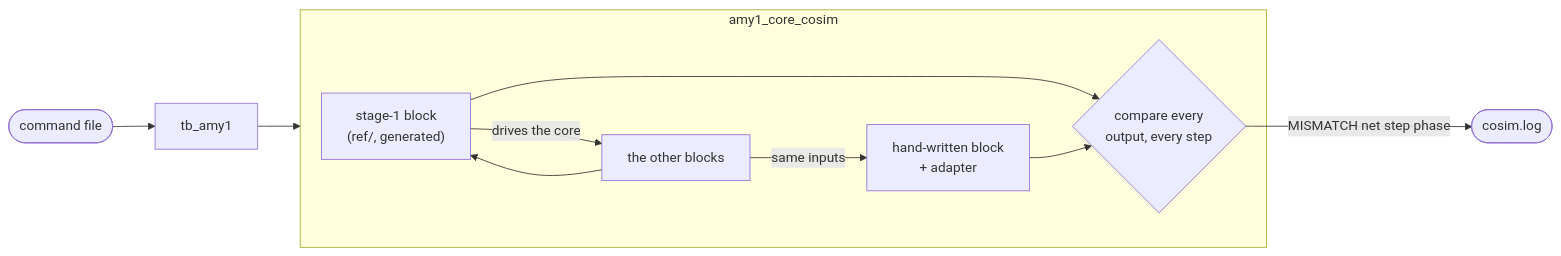
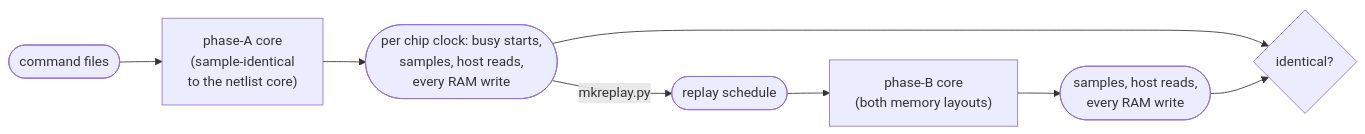
One commit to scrameta/atari_xl_fpga changed the fourth of 4 diagrams in atari_800xl/atari_chips/pokeyv2/AMY/README.md. Above: the diagram before and after it, drawn with Mermaid. The commit also changed other lines of this file and 4 other files, not shown here.

````diff
--- a/atari_800xl/atari_chips/pokeyv2/AMY/README.md
+++ b/atari_800xl/atari_chips/pokeyv2/AMY/README.md
@@ -181,13 +165,10 @@
 ```mermaid
 flowchart LR
-    stim(["command file"]) --> tb["tb_amy1"]
-    tb --> core
-    subgraph core["amy1_core_cosim"]
-        ref["stage-1 block<br/>(ref/, generated)"] -- "drives the core" --> rest["the other blocks"]
-        rest --> ref
-        rest -- "same inputs" --> new["hand-written block<br/>+ adapter"]
-        ref --> cmpx{"compare every<br/>output, every step"}
-        new --> cmpx
-    end
-    cmpx -- "MISMATCH net step phase" --> log(["cosim.log"])
+    cmds(["command files"]) --> pa["phase-A core<br/>(sample-identical<br/>to the netlist core)"]
+    pa --> logs1(["per chip clock: busy starts,<br/>samples, host reads,<br/>every RAM write"])
+    logs1 -- "mkreplay.py" --> sched(["replay schedule"])
+    sched --> pb["phase-B core<br/>(both memory layouts)"]
+    pb --> logs2(["samples, host reads,<br/>every RAM write"])
+    logs1 --> cmp{"identical?"}
+    logs2 --> cmp
 ```
````
